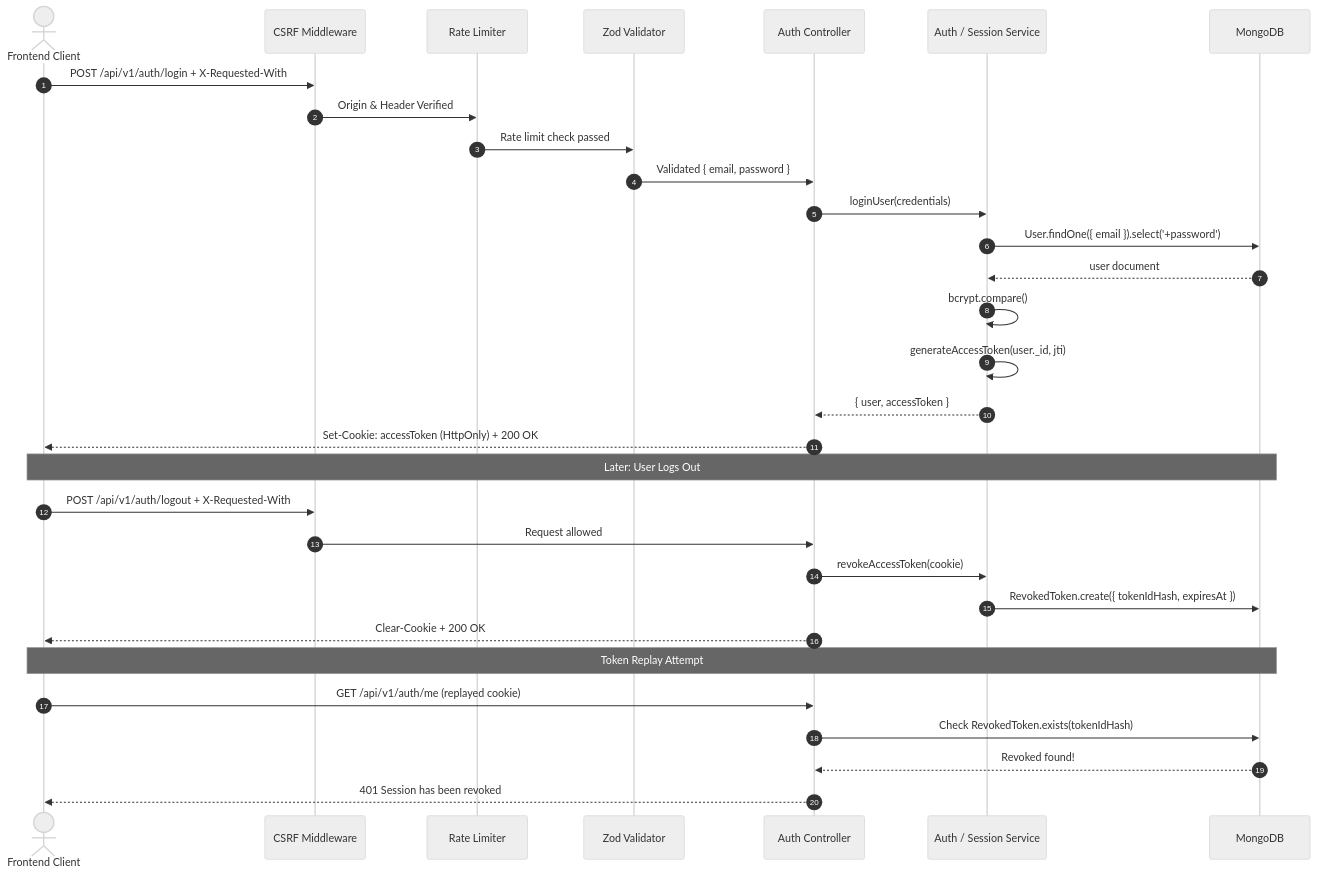
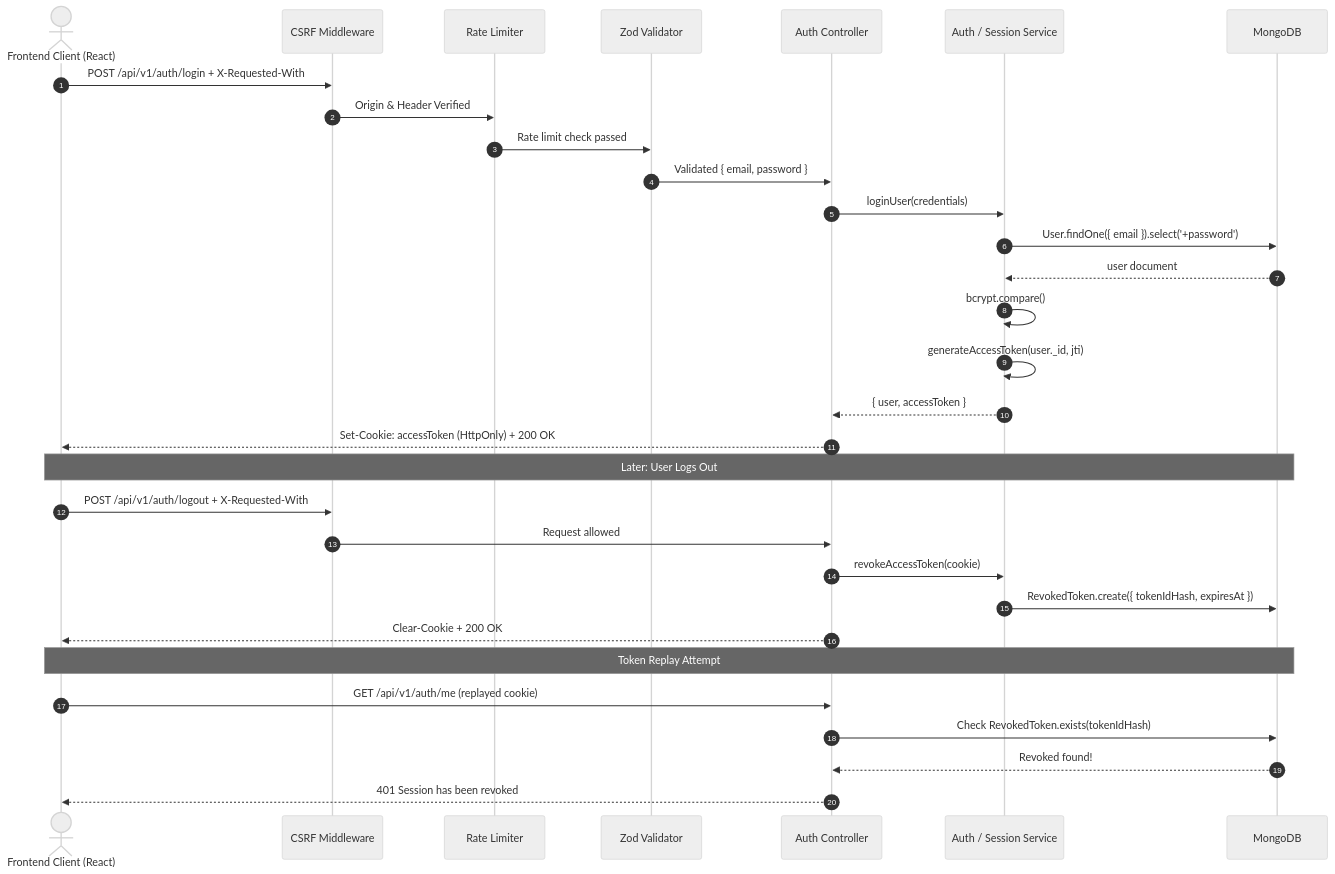
One commit to shiv-pencia/SmartHostel- changed the diagram in README.md. Above: the diagram before and after it, drawn with Mermaid (neutral theme). The commit also changed other lines of this file and 1 other file, not shown here.

Commit message:
docs: update root and client README documentation for full-stack features

````diff
--- a/README.md
+++ b/README.md
@@ -588,36 +732,36 @@
 ```mermaid
 sequenceDiagram
     autonumber
-    actor Client as Frontend Client
+    actor Client as Frontend Client (React)
     participant CSRF as CSRF Middleware
     participant Limiter as Rate Limiter
     participant Validator as Zod Validator
     participant AuthCtrl as Auth Controller
     participant Service as Auth / Session Service
     participant DB as MongoDB
 
     Client->>CSRF: POST /api/v1/auth/login + X-Requested-With
     CSRF->>Limiter: Origin & Header Verified
     Limiter->>Validator: Rate limit check passed
     Validator->>AuthCtrl: Validated { email, password }
     AuthCtrl->>Service: loginUser(credentials)
     Service->>DB: User.findOne({ email }).select('+password')
     DB-->>Service: user document
     Service->>Service: bcrypt.compare()
     Service->>Service: generateAccessToken(user._id, jti)
     Service-->>AuthCtrl: { user, accessToken }
     AuthCtrl-->>Client: Set-Cookie: accessToken (HttpOnly) + 200 OK
 
     Note over Client, DB: Later: User Logs Out
     Client->>CSRF: POST /api/v1/auth/logout + X-Requested-With
     CSRF->>AuthCtrl: Request allowed
     AuthCtrl->>Service: revokeAccessToken(cookie)
     Service->>DB: RevokedToken.create({ tokenIdHash, expiresAt })
     AuthCtrl-->>Client: Clear-Cookie + 200 OK
 
     Note over Client, DB: Token Replay Attempt
     Client->>AuthCtrl: GET /api/v1/auth/me (replayed cookie)
     AuthCtrl->>DB: Check RevokedToken.exists(tokenIdHash)
     DB-->>AuthCtrl: Revoked found!
     AuthCtrl-->>Client: 401 Session has been revoked
 ```
````
